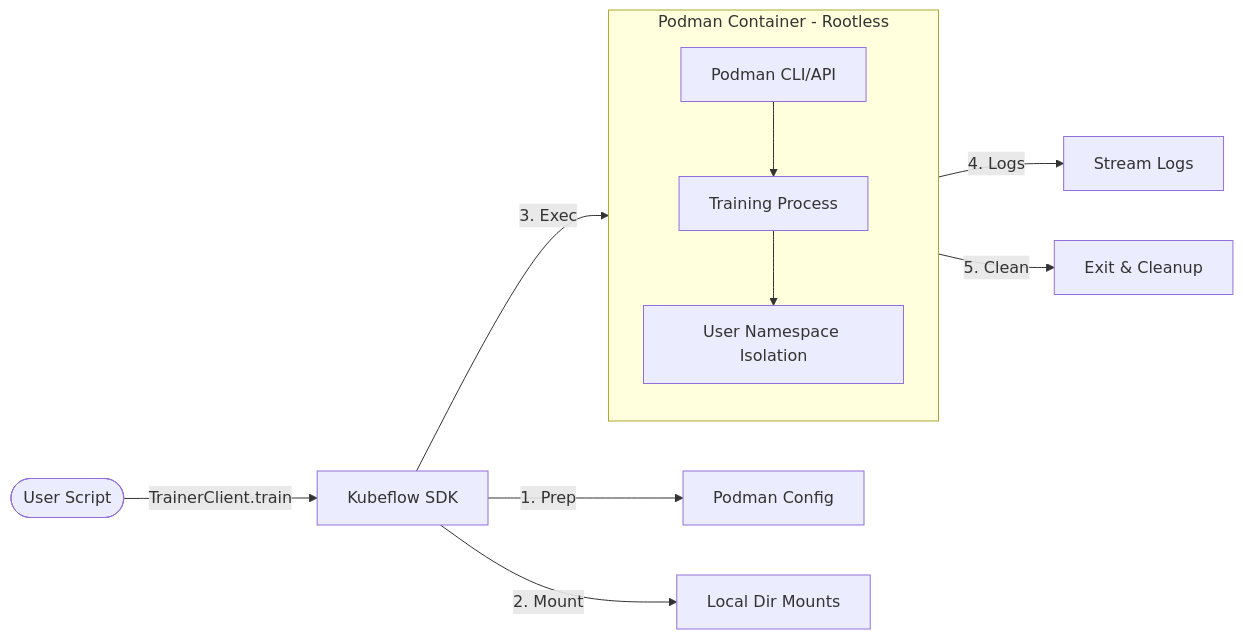
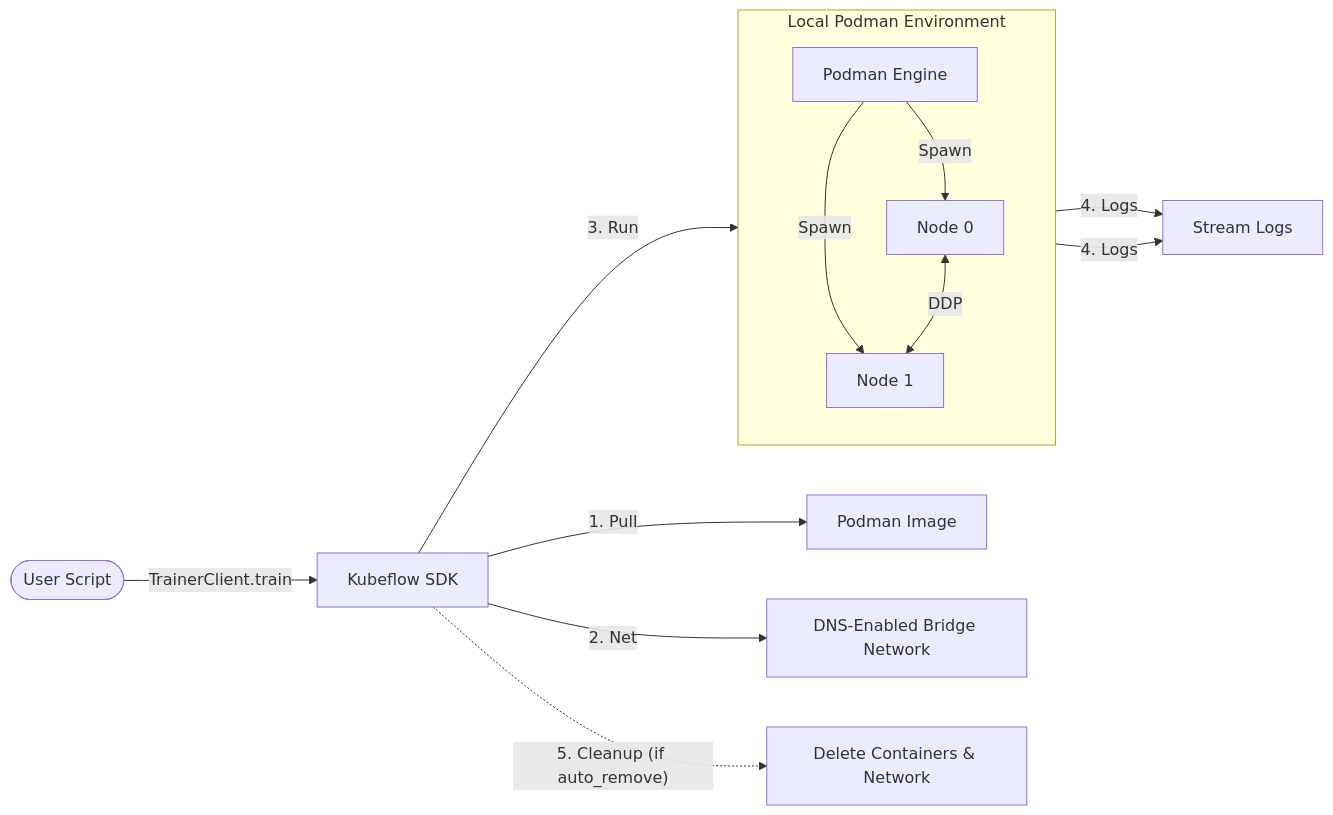
The diagram in content/en/docs/components/trainer/user-guides/local-execution-mode/podman.md (kubeflow/website), drawn with Mermaid before and after one commit. The commit also changed other lines of this file and 2 other files, not shown here.

Commit message:
docs(trainer): fix architecture diagrams and documentation accuracy
- docker.md: show logs streaming from all nodes, clarify conditional cleanup
- podman.md: correct architecture text (Docker→Podman), align diagram with implementation, remove incorrect workflow details
- local_process.md: update diagram to reflect bash script generation and single subprocess execution

These changes address reviewer feedback and align documentation with actual SDK implementation.

````diff
--- a/content/en/docs/components/trainer/user-guides/local-execution-mode/podman.md
+++ b/content/en/docs/components/trainer/user-guides/local-execution-mode/podman.md
@@ -175,17 +175,19 @@
 ```mermaid
 graph LR
     User([User Script]) -->|TrainerClient.train| SDK[Kubeflow SDK]
     
-    SDK -->|1. Prep| PodConfig[Podman Config]
-    SDK -->|2. Mount| LocalDir[Local Dir Mounts]
-    SDK -->|3. Exec| Podman[Podman CLI/API]
+    SDK -->|1. Pull| Image[Podman Image]
+    SDK -->|2. Net| Net[DNS-Enabled Bridge Network]
+    SDK -->|3. Run| Podman[Podman Engine]
     
-    subgraph PodmanEnv [Podman Container - Rootless]
+    subgraph PodmanEnv [Local Podman Environment]
         direction TB
-        Podman --> Process[Training Process]
-        Process --> Security[User Namespace Isolation]
+        Podman -->|Spawn| C1[Node 0]
+        Podman -->|Spawn| C2[Node 1]
+        C1 <-->|DDP| C2
     end
     
-    Process -->|4. Logs| Logs[Stream Logs]
-    Process -->|5. Clean| Exit[Exit & Cleanup]
+    C1 -->|4. Logs| Logs[Stream Logs]
+    C2 -->|4. Logs| Logs
+    SDK -.->|"5. Cleanup (if auto_remove)"| Remove[Delete Containers & Network]
 ```
````
